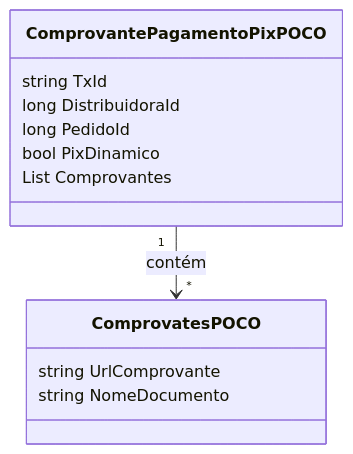
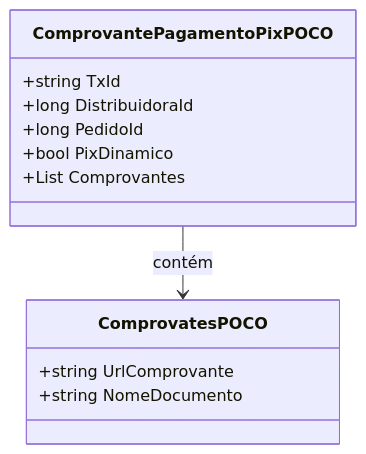
One commit to IsthmusSistemas/documentacao-tecnica changed the first of 2 diagrams in docs/b2b-dominio/IsthmusWinthor.Nucleo/IsthmusWinthor.Dominio/POCO/ComprovantePagamentoPixPOCO.md. Above: the diagram before and after it, drawn with Mermaid. The commit also changed other lines of this file and 882 other files, not shown here.

````diff
--- a/docs/b2b-dominio/IsthmusWinthor.Nucleo/IsthmusWinthor.Dominio/POCO/ComprovantePagamentoPixPOCO.md
+++ b/docs/b2b-dominio/IsthmusWinthor.Nucleo/IsthmusWinthor.Dominio/POCO/ComprovantePagamentoPixPOCO.md
@@ -23,15 +24,17 @@
 ```mermaid
 classDiagram
     class ComprovantePagamentoPixPOCO {
-        string TxId
-        long DistribuidoraId
-        long PedidoId
-        bool PixDinamico
-        List<ComprovatesPOCO> Comprovantes
+        +string TxId
+        +long DistribuidoraId
+        +long PedidoId
+        +bool PixDinamico
+        +List<ComprovatesPOCO> Comprovantes
     }
+    
     class ComprovatesPOCO {
-        string UrlComprovante
-        string NomeDocumento
+        +string UrlComprovante
+        +string NomeDocumento
     }
-    ComprovantePagamentoPixPOCO "1" --> "*" ComprovatesPOCO : contém
+    
+    ComprovantePagamentoPixPOCO --> ComprovatesPOCO : contém
 ```
````
